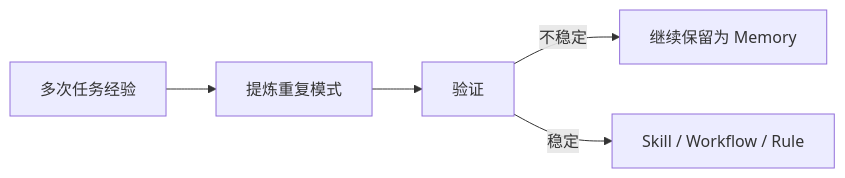
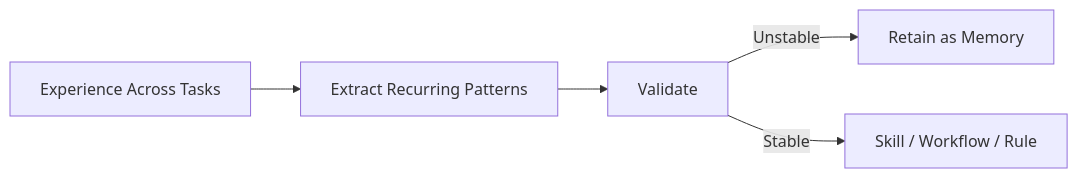
Before and after one commit to oneleaveknowsthefall/awesome-ai-roadmap: diagram 13 of 15 in docs/agent/03-memory-context/07-agent-memory.md, drawn with Mermaid. The commit also changed other lines of this file and 68 other files, not shown here.

````diff
--- a/docs/agent/03-memory-context/07-agent-memory.md
+++ b/docs/agent/03-memory-context/07-agent-memory.md
@@ -749,7 +749,7 @@
 ```mermaid
 flowchart LR
-    E[多次任务经验] --> R[提炼重复模式]
-    R --> V[验证]
-    V -->|不稳定| M[继续保留为 Memory]
-    V -->|稳定| S[Skill / Workflow / Rule]
+    E[Experience Across Tasks] --> R[Extract Recurring Patterns]
+    R --> V[Validate]
+    V -->|Unstable| M[Retain as Memory]
+    V -->|Stable| S[Skill / Workflow / Rule]
 ```
````
